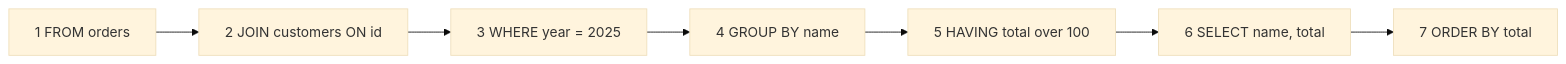
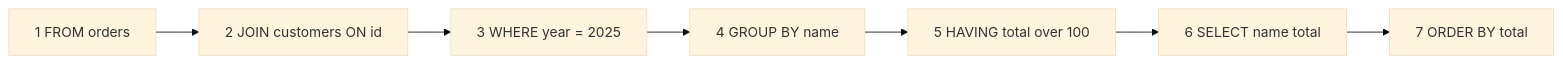
One commit to grafanaKibana/devbook.zip changed the second of 2 diagrams in Vault/Software Engineering/03 Data Persistence/SQL/SQL.md. Above: the diagram before and after it, drawn with Mermaid (base theme). The commit also changed other lines of this file and 33 other files, not shown here.

````diff
--- a/Vault/Software Engineering/03 Data Persistence/SQL/SQL.md
+++ b/Vault/Software Engineering/03 Data Persistence/SQL/SQL.md
@@ -29,4 +32,4 @@
 ```mermaid
 graph LR
-    L1["1 FROM orders"] --> L2["2 JOIN customers ON id"] --> L3["3 WHERE year = 2025"] --> L4["4 GROUP BY name"] --> L5["5 HAVING total over 100"] --> L6["6 SELECT name, total"] --> L7["7 ORDER BY total"]
+    L1["1 FROM orders"] --> L2["2 JOIN customers ON id"] --> L3["3 WHERE year = 2025"] --> L4["4 GROUP BY name"] --> L5["5 HAVING total over 100"] --> L6["6 SELECT name total"] --> L7["7 ORDER BY total"]
 ```
````
